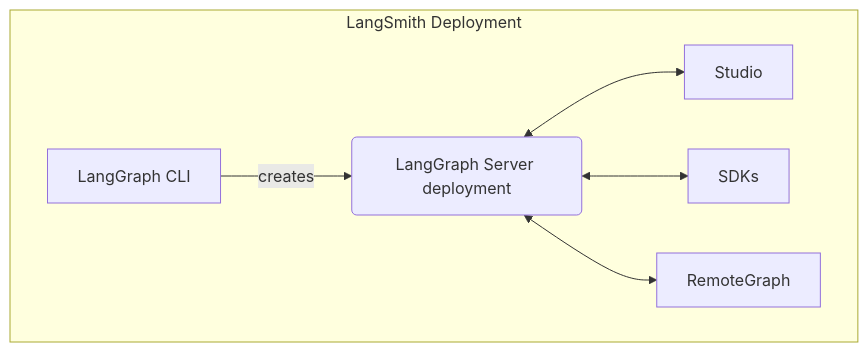
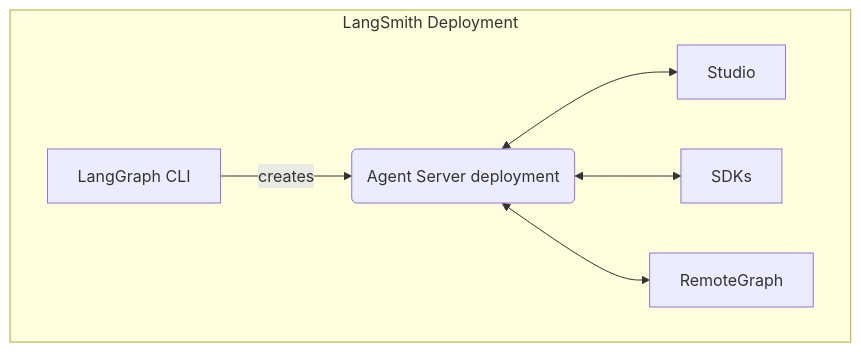
One commit to pranav-k/docs changed the diagram in build/langsmith/components.mdx. Above: the diagram before and after it, drawn with Mermaid. The commit also changed other lines of this file and 2321 other files, not shown here.

````diff
--- a/build/langsmith/components.mdx
+++ b/build/langsmith/components.mdx
@@ -9,9 +9,9 @@
 ```mermaid
 flowchart
     subgraph LangSmith Deployment
-        A[LangGraph CLI] -->|creates| B(LangGraph Server deployment)
+        A[LangGraph CLI] -->|creates| B(Agent Server deployment)
         B <--> D[Studio]
         B <--> E[SDKs]
         B <--> F[RemoteGraph]
     end
 ```
````
